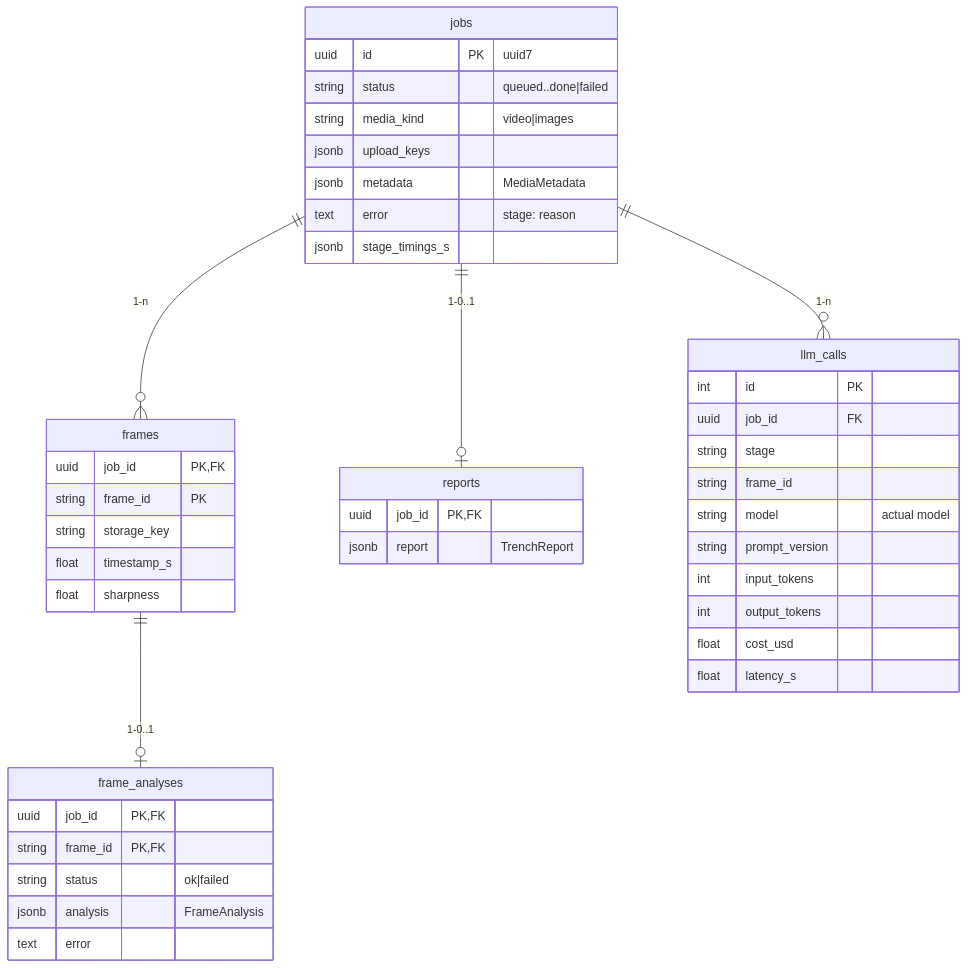
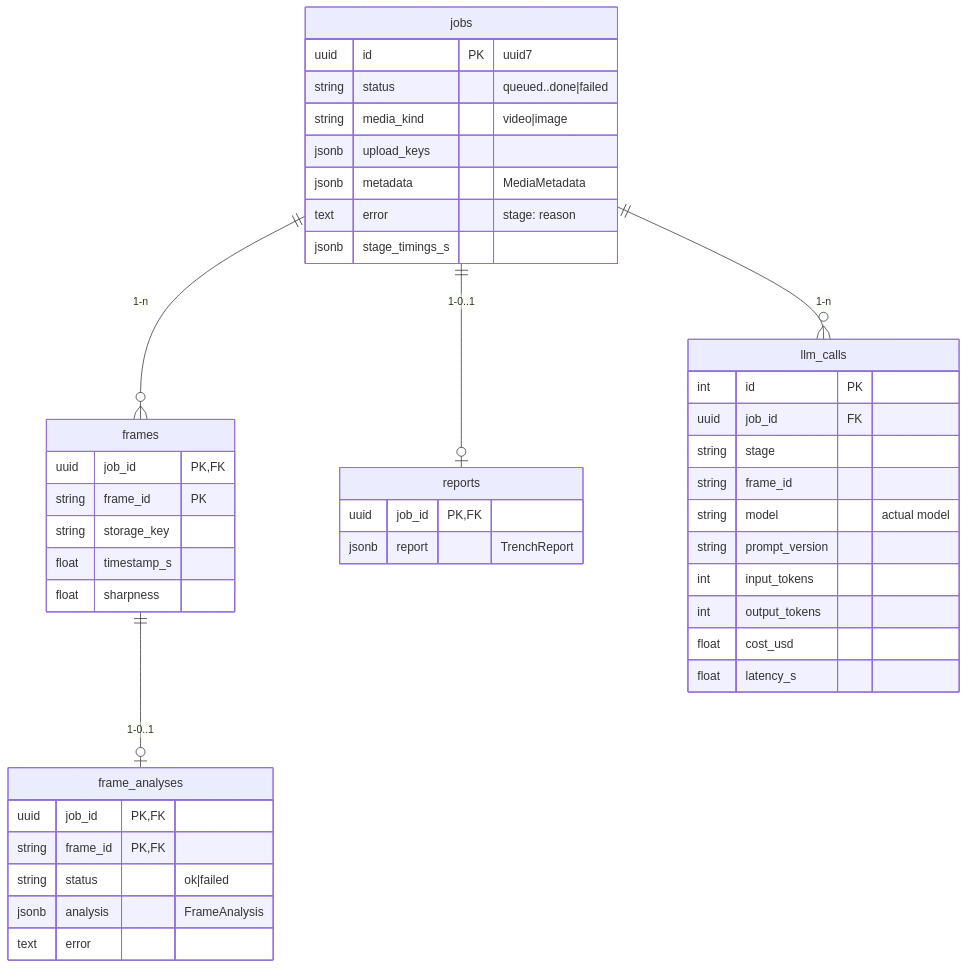
Before and after one commit to flcnv/crab: the diagram in README.md, drawn with Mermaid. The commit also changed other lines of this file, not shown here.

````diff
--- a/README.md
+++ b/README.md
@@ -116,47 +250,47 @@
 ```mermaid
 erDiagram
     jobs ||--o{ frames : "1-n"
     frames ||--o| frame_analyses : "1-0..1"
     jobs ||--o| reports : "1-0..1"
     jobs ||--o{ llm_calls : "1-n"
 
     jobs {
         uuid id PK "uuid7"
         string status "queued..done|failed"
-        string media_kind "video|images"
+        string media_kind "video|image"
         jsonb upload_keys
         jsonb metadata "MediaMetadata"
         text error "stage: reason"
         jsonb stage_timings_s
     }
     frames {
         uuid job_id PK,FK
         string frame_id PK
         string storage_key
         float timestamp_s
         float sharpness
     }
     frame_analyses {
         uuid job_id PK,FK
         string frame_id PK,FK
         string status "ok|failed"
         jsonb analysis "FrameAnalysis"
         text error
     }
     reports {
         uuid job_id PK,FK
         jsonb report "TrenchReport"
     }
     llm_calls {
         int id PK
         uuid job_id FK
         string stage
         string frame_id
         string model "actual model"
         string prompt_version
         int input_tokens
         int output_tokens
         float cost_usd
         float latency_s
     }
 ```
````
